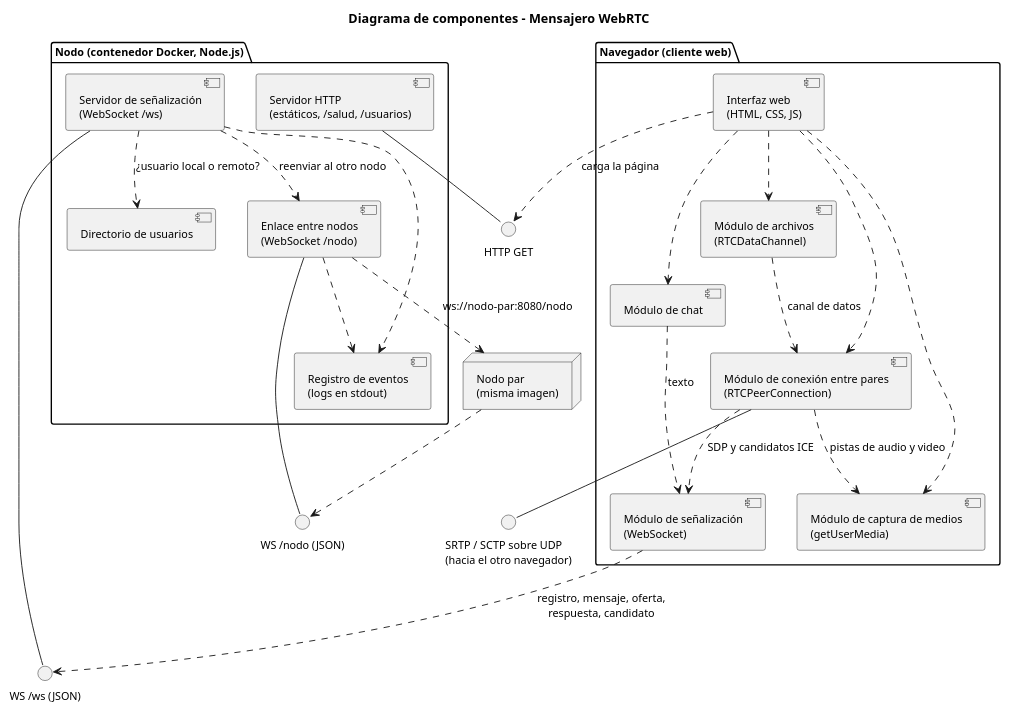
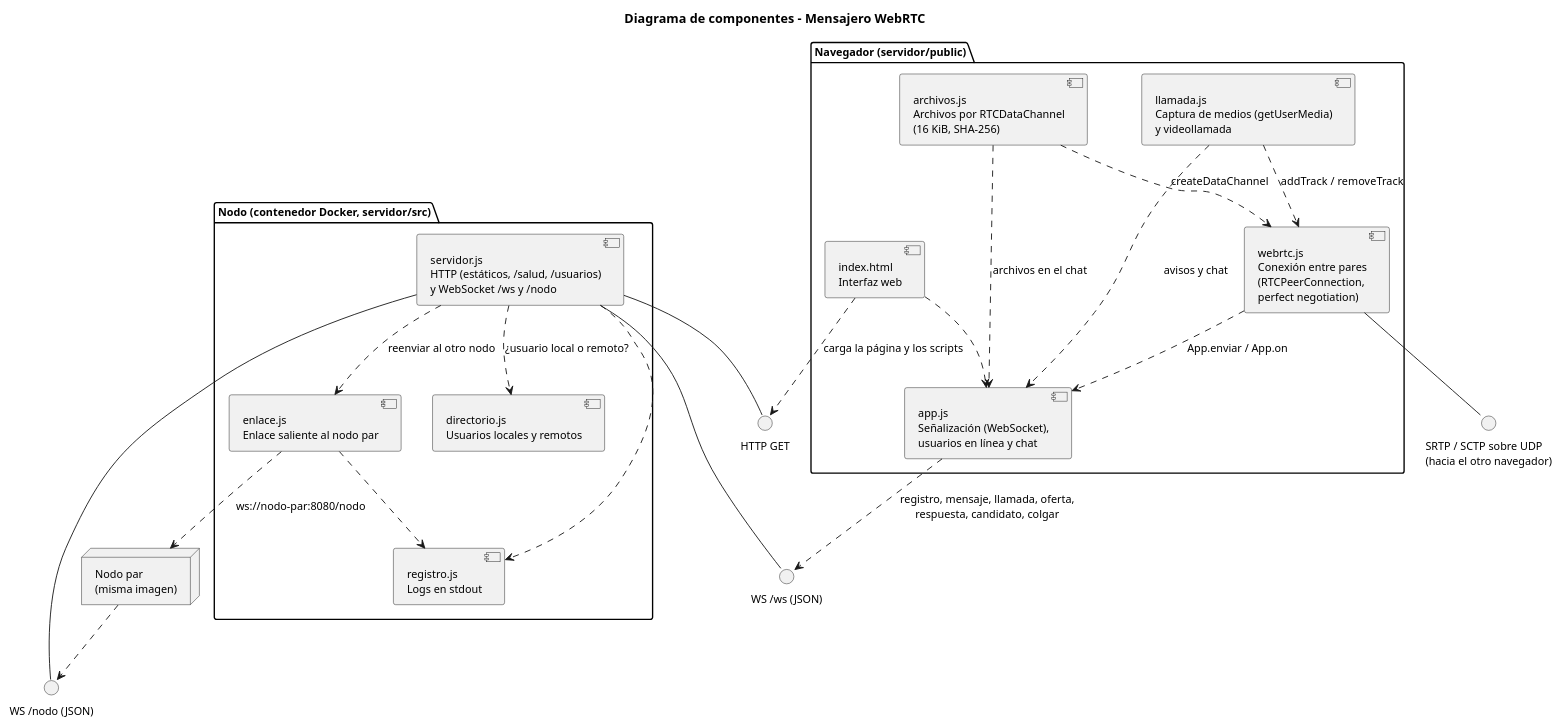
One commit to DjSantech/guevara_santiago_mensajero_webrtc changed the diagram in docs/uml/componentes.puml. Above: the diagram before and after it, drawn with PlantUML. The commit also changed 3 other files, not shown here.

Commit message:
UML actualizado: componentes con los archivos reales y secuencia de la llamada como quedó implementada

```diff
--- a/docs/uml/componentes.puml
+++ b/docs/uml/componentes.puml
@@ -1,54 +1,50 @@
 @startuml componentes
-' Diagrama de componentes del mensajero (Bloque G)
+' Diagrama de componentes del mensajero, con los archivos reales de la implementación
 title Diagrama de componentes - Mensajero WebRTC
 skinparam componentStyle uml2
 skinparam shadowing false
 skinparam defaultFontSize 12
 
-package "Navegador (cliente web)" {
-  [Interfaz web\n(HTML, CSS, JS)] as UI
-  [Módulo de señalización\n(WebSocket)] as MSEN
-  [Módulo de captura de medios\n(getUserMedia)] as MMED
-  [Módulo de conexión entre pares\n(RTCPeerConnection)] as MCON
-  [Módulo de chat] as MCHAT
-  [Módulo de archivos\n(RTCDataChannel)] as MARCH
+package "Navegador (servidor/public)" {
+  [index.html\nInterfaz web] as UI
+  [app.js\nSeñalización (WebSocket),\nusuarios en línea y chat] as APP
+  [webrtc.js\nConexión entre pares\n(RTCPeerConnection,\nperfect negotiation)] as RTC
+  [llamada.js\nCaptura de medios (getUserMedia)\ny videollamada] as LLA
+  [archivos.js\nArchivos por RTCDataChannel\n(16 KiB, SHA-256)] as ARC
 }
 
-package "Nodo (contenedor Docker, Node.js)" {
-  [Servidor HTTP\n(estáticos, /salud, /usuarios)] as HTTP
-  [Servidor de señalización\n(WebSocket /ws)] as SEN
-  [Enlace entre nodos\n(WebSocket /nodo)] as ENL
-  [Directorio de usuarios] as DIR
-  [Registro de eventos\n(logs en stdout)] as LOG
+package "Nodo (contenedor Docker, servidor/src)" {
+  [servidor.js\nHTTP (estáticos, /salud, /usuarios)\ny WebSocket /ws y /nodo] as SRV
+  [enlace.js\nEnlace saliente al nodo par] as ENL
+  [directorio.js\nUsuarios locales y remotos] as DIR
+  [registro.js\nLogs en stdout] as LOG
 }
 
 node "Nodo par\n(misma imagen)" as PAR
 
 interface "HTTP GET" as I_HTTP
 interface "WS /ws (JSON)" as I_WS
 interface "WS /nodo (JSON)" as I_NODO
 interface "SRTP / SCTP sobre UDP\n(hacia el otro navegador)" as I_P2P
 
-HTTP -- I_HTTP
-SEN -- I_WS
-ENL -- I_NODO
-MCON -- I_P2P
+SRV -- I_HTTP
+SRV -- I_WS
+SRV -- I_NODO
+RTC -- I_P2P
 
-UI ..> I_HTTP : carga la página
-UI ..> MCHAT
-UI ..> MARCH
-UI ..> MMED
-UI ..> MCON
-MCHAT ..> MSEN : texto
-MCON ..> MSEN : SDP y candidatos ICE
-MCON ..> MMED : pistas de audio y video
-MARCH ..> MCON : canal de datos
-MSEN ..> I_WS : registro, mensaje, oferta,\nrespuesta, candidato
+UI ..> I_HTTP : carga la página y los scripts
+UI ..> APP
+APP ..> I_WS : registro, mensaje, llamada, oferta,\nrespuesta, candidato, colgar
+RTC ..> APP : App.enviar / App.on
+LLA ..> RTC : addTrack / removeTrack
+ARC ..> RTC : createDataChannel
+LLA ..> APP : avisos y chat
+ARC ..> APP : archivos en el chat
 
-SEN ..> DIR : ¿usuario local o remoto?
-SEN ..> ENL : reenviar al otro nodo
+SRV ..> DIR : ¿usuario local o remoto?
+SRV ..> ENL : reenviar al otro nodo
 ENL ..> PAR : ws://nodo-par:8080/nodo
 PAR ..> I_NODO
-SEN ..> LOG
+SRV ..> LOG
 ENL ..> LOG
 @enduml
```
